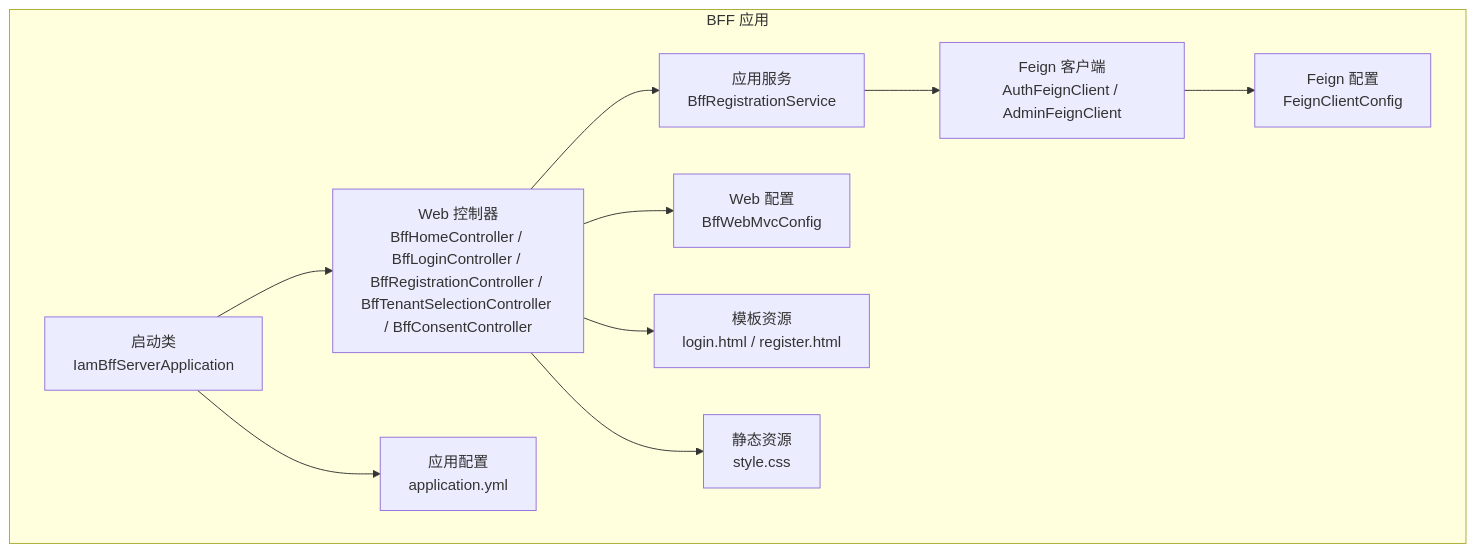
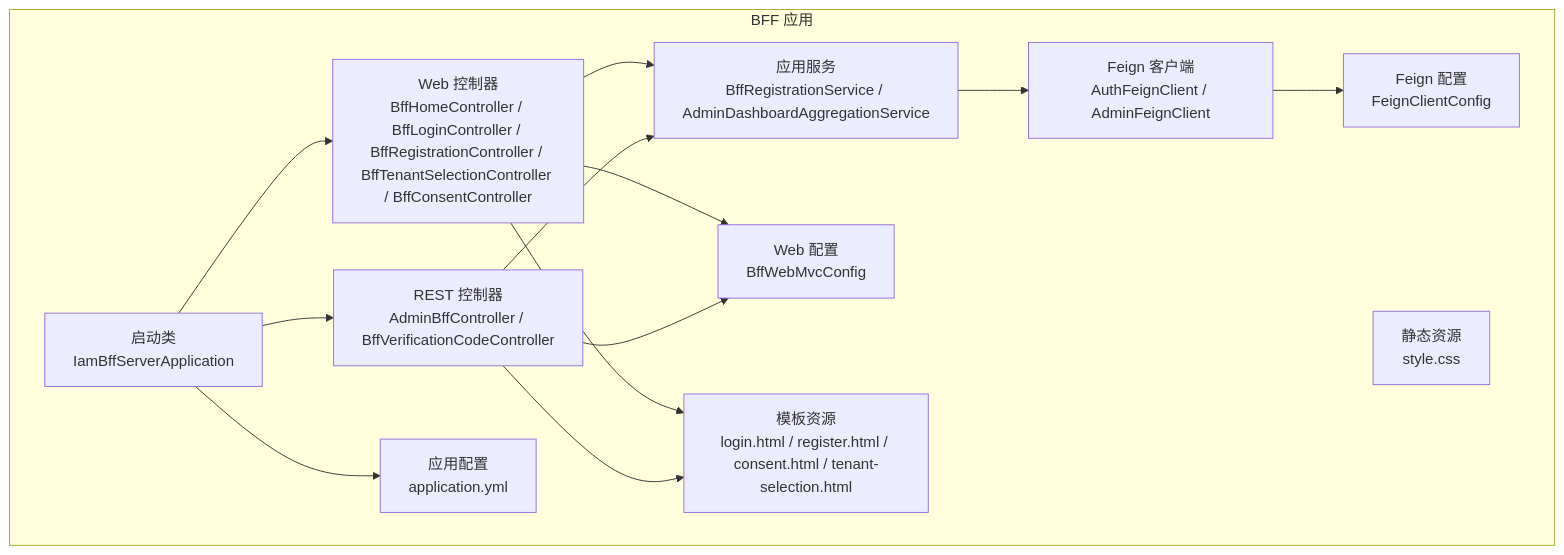
One commit to fq0121104930716/iam-platform changed the first of 7 diagrams in .qoder/repowiki/zh/content/核心模块/前端代理服务器 (iam-bff-server).md. Above: the diagram before and after it, drawn with Mermaid. The commit also changed other lines of this file and 75 other files, not shown here.

````diff
--- a/.qoder/repowiki/zh/content/核心模块/前端代理服务器 (iam-bff-server).md
+++ b/.qoder/repowiki/zh/content/核心模块/前端代理服务器 (iam-bff-server).md
@@ -45,22 +53,26 @@
 ```mermaid
 graph TB
 subgraph "BFF 应用"
 A["启动类<br/>IamBffServerApplication"]
 B["Web 控制器<br/>BffHomeController / BffLoginController / BffRegistrationController / BffTenantSelectionController / BffConsentController"]
-C["应用服务<br/>BffRegistrationService"]
-D["Feign 客户端<br/>AuthFeignClient / AdminFeignClient"]
-E["Web 配置<br/>BffWebMvcConfig"]
-F["Feign 配置<br/>FeignClientConfig"]
-G["模板资源<br/>login.html / register.html"]
-H["静态资源<br/>style.css"]
-I["应用配置<br/>application.yml"]
+C["REST 控制器<br/>AdminBffController / BffVerificationCodeController"]
+D["应用服务<br/>BffRegistrationService / AdminDashboardAggregationService"]
+E["Feign 客户端<br/>AuthFeignClient / AdminFeignClient"]
+F["Web 配置<br/>BffWebMvcConfig"]
+G["Feign 配置<br/>FeignClientConfig"]
+H["模板资源<br/>login.html / register.html / consent.html / tenant-selection.html"]
+I["静态资源<br/>style.css"]
+J["应用配置<br/>application.yml"]
 end
 A --> B
-B --> C
+A --> C
+B --> D
 C --> D
-B --> E
-D --> F
-B --> G
+D --> E
+B --> F
+C --> F
+E --> G
 B --> H
-A --> I
+C --> H
+A --> J
 ```
````
